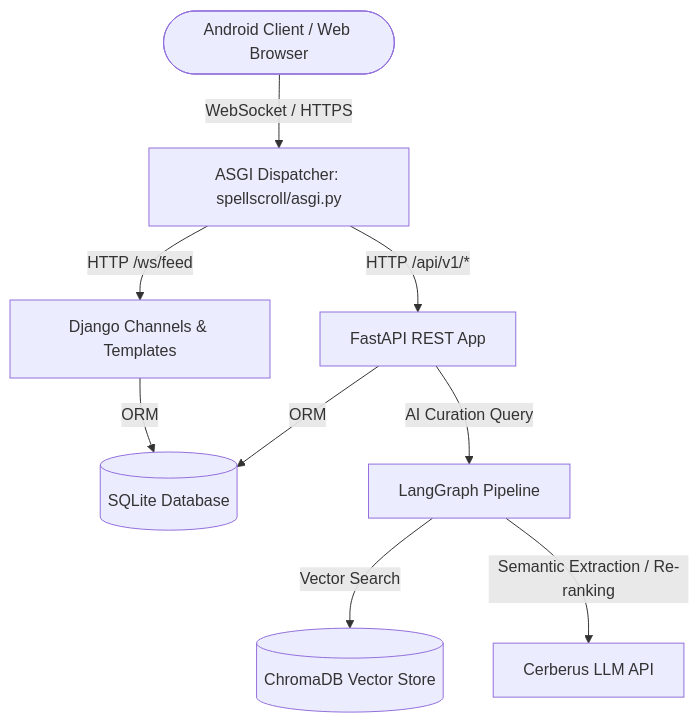
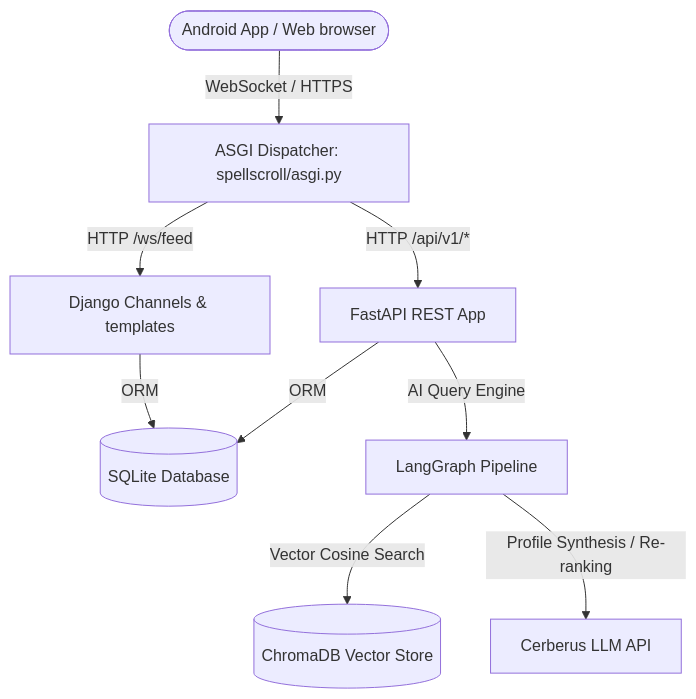
One commit to MdSadman20040812/SpellScroll changed the first of 2 diagrams in README.md. Above: the diagram before and after it, drawn with Mermaid. The commit also changed other lines of this file and 2 other files, not shown here.

````diff
--- a/README.md
+++ b/README.md
@@ -9,11 +37,11 @@
 ```mermaid
 graph TD
-    User([Android Client / Web Browser]) -->|WebSocket / HTTPS| ASGI[ASGI Dispatcher: spellscroll/asgi.py]
-    ASGI -->|HTTP /ws/feed| Channels[Django Channels & Templates]
+    Client([Android App / Web browser]) -->|WebSocket / HTTPS| ASGI[ASGI Dispatcher: spellscroll/asgi.py]
+    ASGI -->|HTTP /ws/feed| Channels[Django Channels & templates]
     ASGI -->|HTTP /api/v1/*| FastAPI[FastAPI REST App]
     FastAPI -->|ORM| SQLite[(SQLite Database)]
-    FastAPI -->|AI Curation Query| LangGraph[LangGraph Pipeline]
-    LangGraph -->|Vector Search| ChromaDB[(ChromaDB Vector Store)]
-    LangGraph -->|Semantic Extraction / Re-ranking| Cerberus[Cerberus LLM API]
+    FastAPI -->|AI Query Engine| LangGraph[LangGraph Pipeline]
+    LangGraph -->|Vector Cosine Search| ChromaDB[(ChromaDB Vector Store)]
+    LangGraph -->|Profile Synthesis / Re-ranking| Cerberus[Cerberus LLM API]
     Channels -->|ORM| SQLite
 ```
````
